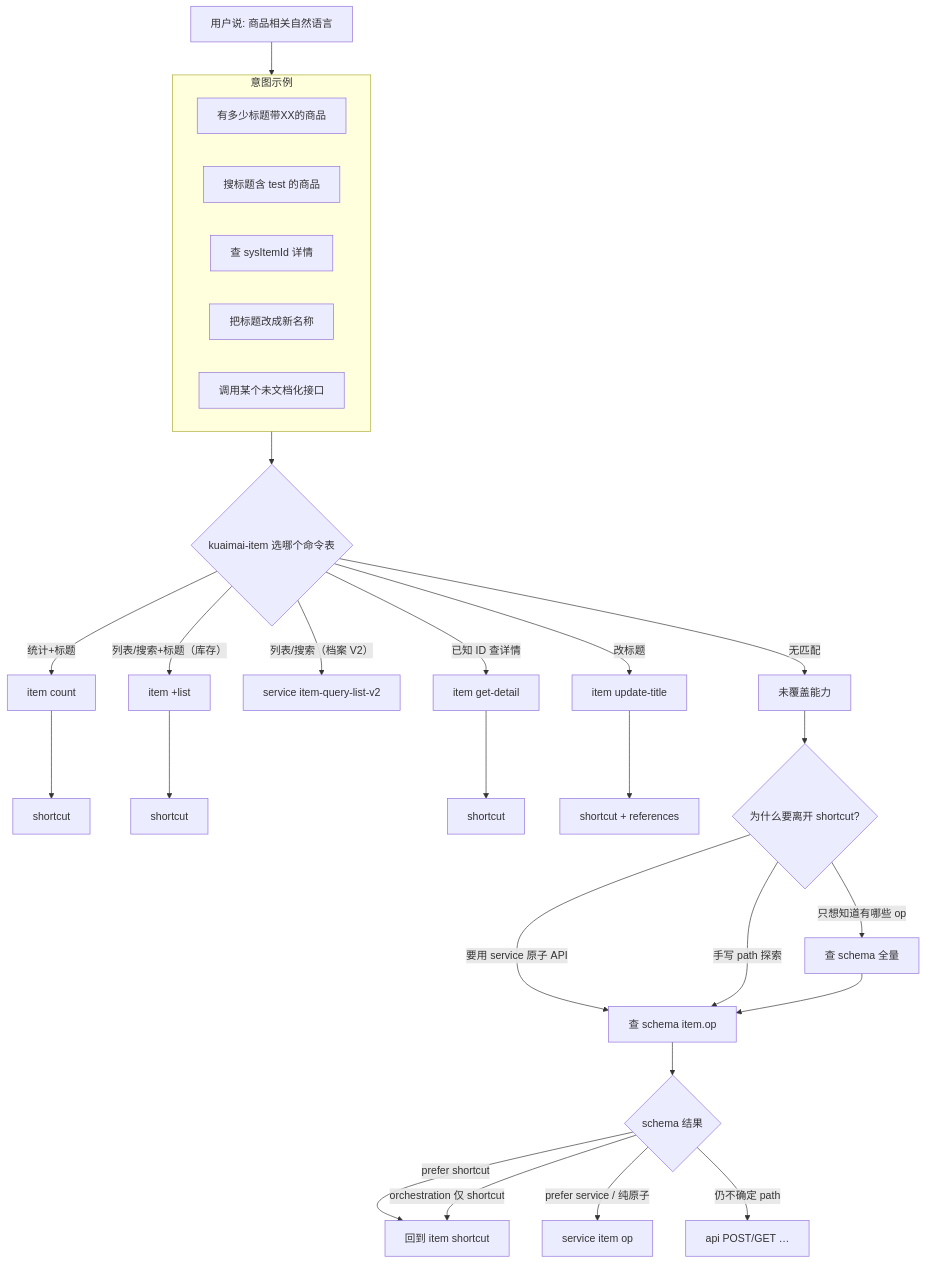
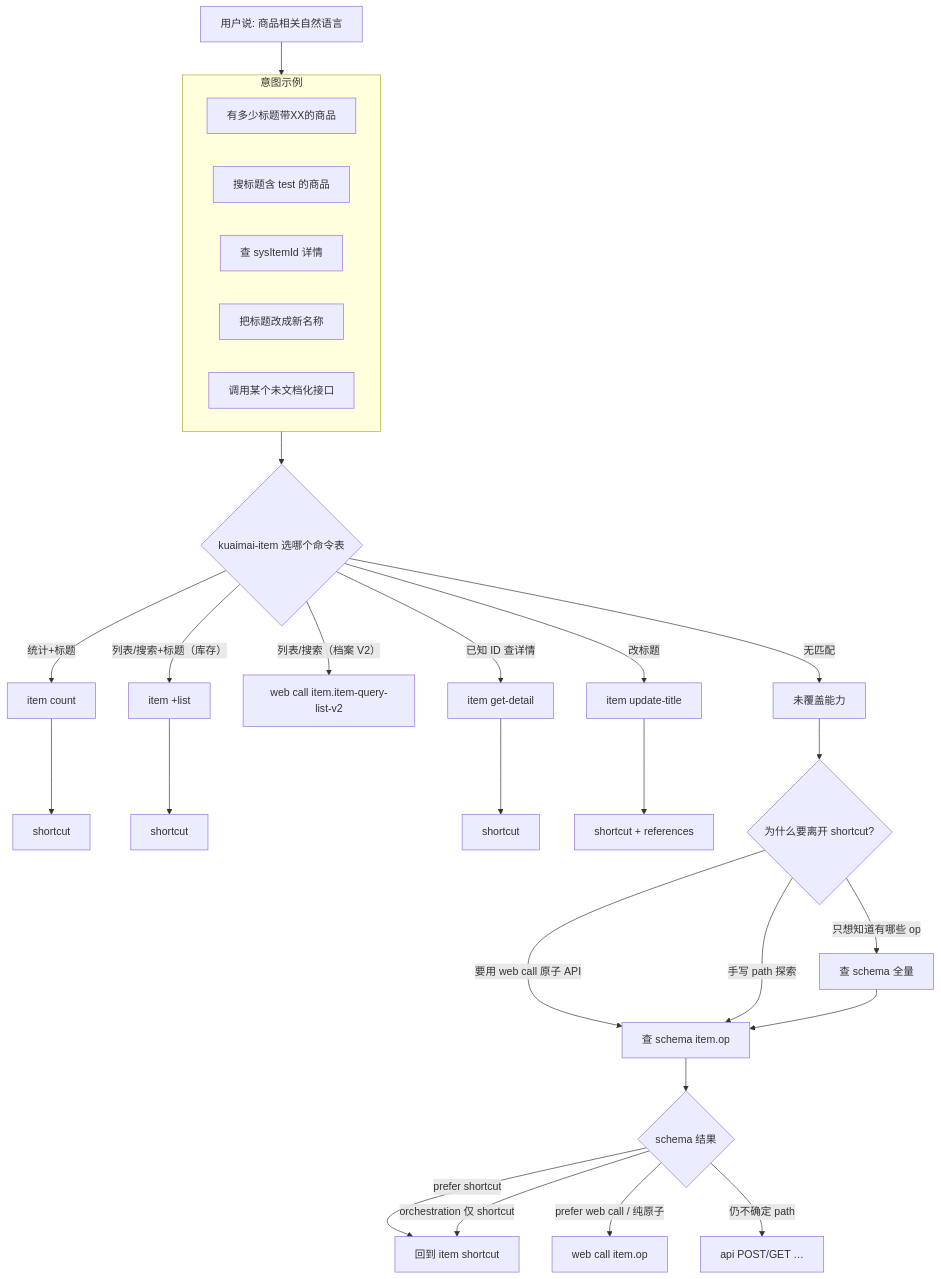
Before and after one commit to kuaimai-cli/kuaimai-cli: the second of 5 diagrams in docs/Agent命令选型与schema流程.md, drawn with Mermaid. The commit also changed other lines of this file and 68 other files, not shown here.

First line of the commit message:
feat: registry 远端同步、API 网关转发与 web call 统一调用

````diff
--- a/docs/Agent命令选型与schema流程.md
+++ b/docs/Agent命令选型与schema流程.md
@@ -75,40 +75,40 @@
 ```mermaid
 flowchart TD
   U[用户说: 商品相关自然语言] --> Examples
 
   subgraph Examples [意图示例]
     E1[有多少标题带XX的商品]
     E2[搜标题含 test 的商品]
     E3[查 sysItemId 详情]
     E4[把标题改成新名称]
     E5[调用某个未文档化接口]
   end
 
   Examples --> Table{kuaimai-item 选哪个命令表}
 
   Table -->|统计+标题| C1[item count]
   Table -->|列表/搜索+标题（库存）| C2[item +list]
-  Table -->|列表/搜索（档案 V2）| C2b[service item-query-list-v2]
+  Table -->|列表/搜索（档案 V2）| C2b[web call item.item-query-list-v2]
   Table -->|已知 ID 查详情| C3[item get-detail]
   Table -->|改标题| C4[item update-title]
   Table -->|无匹配| Unknown[未覆盖能力]
 
   C1 --> S1[shortcut]
   C2 --> S2[shortcut]
   C3 --> S3[shortcut]
   C4 --> S4[shortcut + references]
 
   Unknown --> Q1{为什么要离开 shortcut?}
 
   Q1 -->|只想知道有哪些 op| SF[查 schema 全量]
-  Q1 -->|要用 service 原子 API| SO[查 schema item.op]
+  Q1 -->|要用 web call 原子 API| SO[查 schema item.op]
   Q1 -->|手写 path 探索| SO
 
   SF --> SO
   SO --> Decide{schema 结果}
 
   Decide -->|prefer shortcut| Back[回到 item shortcut]
-  Decide -->|prefer service / 纯原子| SV[service item op]
+  Decide -->|prefer web call / 纯原子| SV[web call item.op]
   Decide -->|orchestration 仅 shortcut| Back
   Decide -->|仍不确定 path| API[api POST/GET …]
 ```
````
